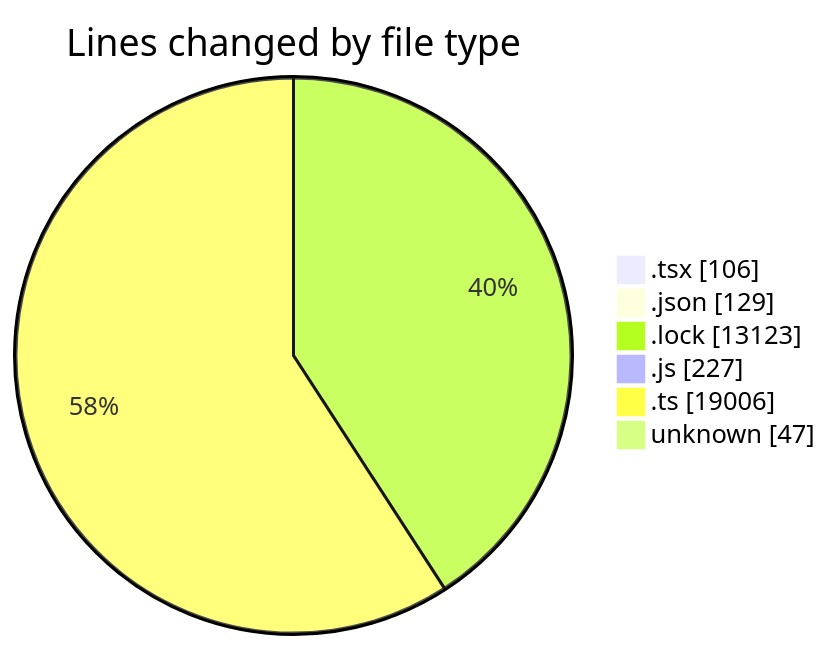
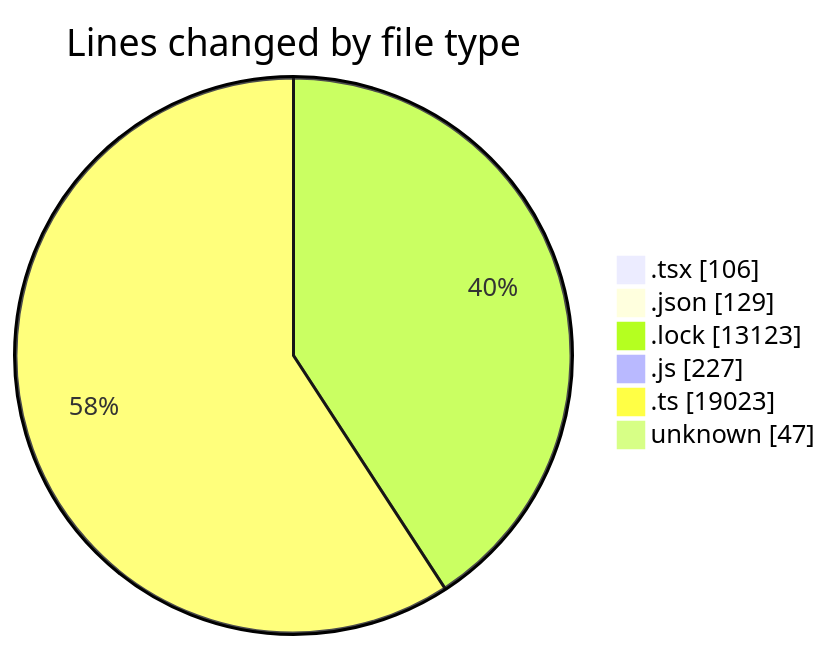
Before and after one commit to momahboobian/code-tracking: the first of 2 diagrams in 2025-09-03/cda/README.md, drawn with Mermaid. The commit also changed other lines of this file and 1 other file, not shown here.

````diff
--- a/2025-09-03/cda/README.md
+++ b/2025-09-03/cda/README.md
@@ -38,10 +38,10 @@
 ```mermaid
 pie showData
 title Lines changed by file type
 ".tsx" : 106
 ".json" : 129
 ".lock" : 13123
 ".js" : 227
-".ts" : 19006
+".ts" : 19023
 "unknown" : 47
 ```
````
